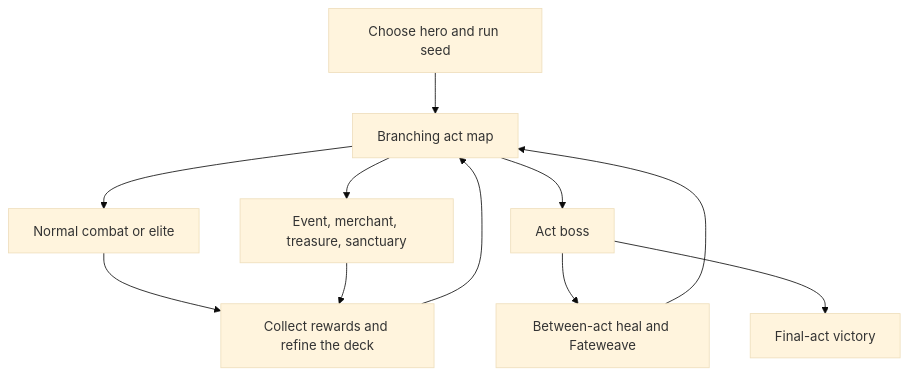
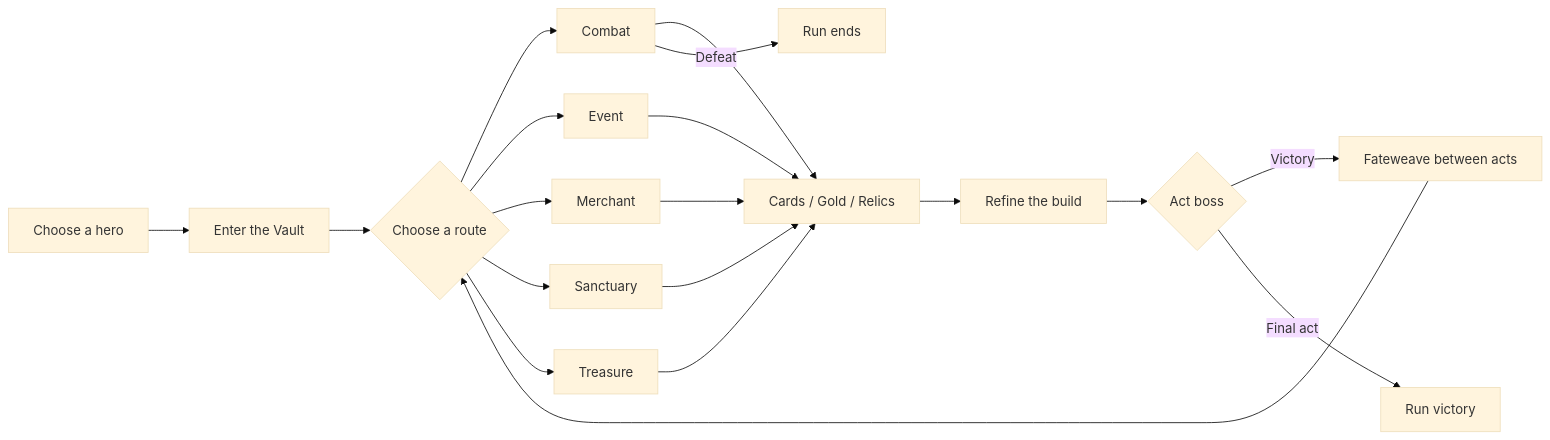
Before and after one commit to riverhine1-max/gilded-fate: the first of 7 diagrams in README.md, drawn with Mermaid (base theme). The commit also changed other lines of this file and 1589 other files, not shown here.

````diff
--- a/README.md
+++ b/README.md
@@ -65,13 +43,21 @@
 ```mermaid
-flowchart TD
-    Start[Choose hero and run seed] --> Route[Branching act map]
-    Route --> Fight[Normal combat or elite]
-    Route --> Service[Event, merchant, treasure, sanctuary]
-    Fight --> Build[Collect rewards and refine the deck]
-    Service --> Build
-    Build --> Route
-    Route --> Boss[Act boss]
-    Boss --> Transition[Between-act heal and Fateweave]
-    Transition --> Route
-    Boss --> Victory[Final-act victory]
+flowchart LR
+    A[Choose a hero] --> B[Enter the Vault]
+    B --> C{Choose a route}
+    C --> D[Combat]
+    C --> E[Event]
+    C --> F[Merchant]
+    C --> G[Sanctuary]
+    C --> H[Treasure]
+    D --> I[Cards / Gold / Relics]
+    E --> I
+    F --> I
+    G --> I
+    H --> I
+    I --> J[Refine the build]
+    J --> K{Act boss}
+    K -->|Victory| L[Fateweave between acts]
+    L --> C
+    K -->|Final act| M[Run victory]
+    D -->|Defeat| N[Run ends]
 ```
````
